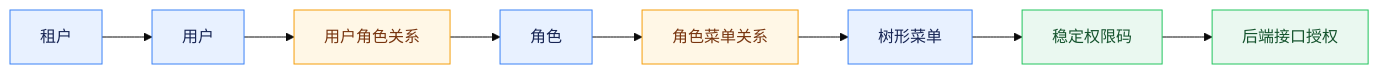
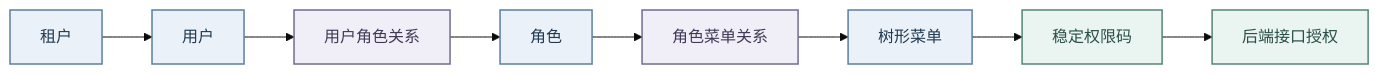
Before and after one commit to Logistic98/job-buddy: the first of 2 diagrams in agent-doc/架构设计/账号认证与权限体系.md, drawn with Mermaid (base theme). The commit also changed other lines of this file and 32 other files, not shown here.

Commit message:
docs: align engine context and diagram guidance

````diff
--- a/agent-doc/架构设计/账号认证与权限体系.md
+++ b/agent-doc/架构设计/账号认证与权限体系.md
@@ -25,17 +35,17 @@
 ```mermaid
 graph LR
     T[租户] --> U[用户]
     U --> UR[用户角色关系]
     UR --> R[角色]
     R --> RM[角色菜单关系]
     RM --> M[树形菜单]
     M --> P[稳定权限码]
     P --> API[后端接口授权]
 
-    classDef subject fill:#E8F1FF,stroke:#3B82F6,color:#172554;
-    classDef relation fill:#FFF7E6,stroke:#F59E0B,color:#78350F;
-    classDef guard fill:#EAF8F0,stroke:#22C55E,color:#14532D;
+    classDef subject fill:#EAF1F8,stroke:#5B7FA3,color:#213A52,stroke-width:1.5px;
+    classDef relation fill:#F0EEF6,stroke:#746A91,color:#403957,stroke-width:1.5px;
+    classDef guard fill:#EAF4F1,stroke:#548678,color:#294F47,stroke-width:1.5px;
     class T,U,R,M subject;
     class UR,RM relation;
     class P,API guard;
 ```
````
